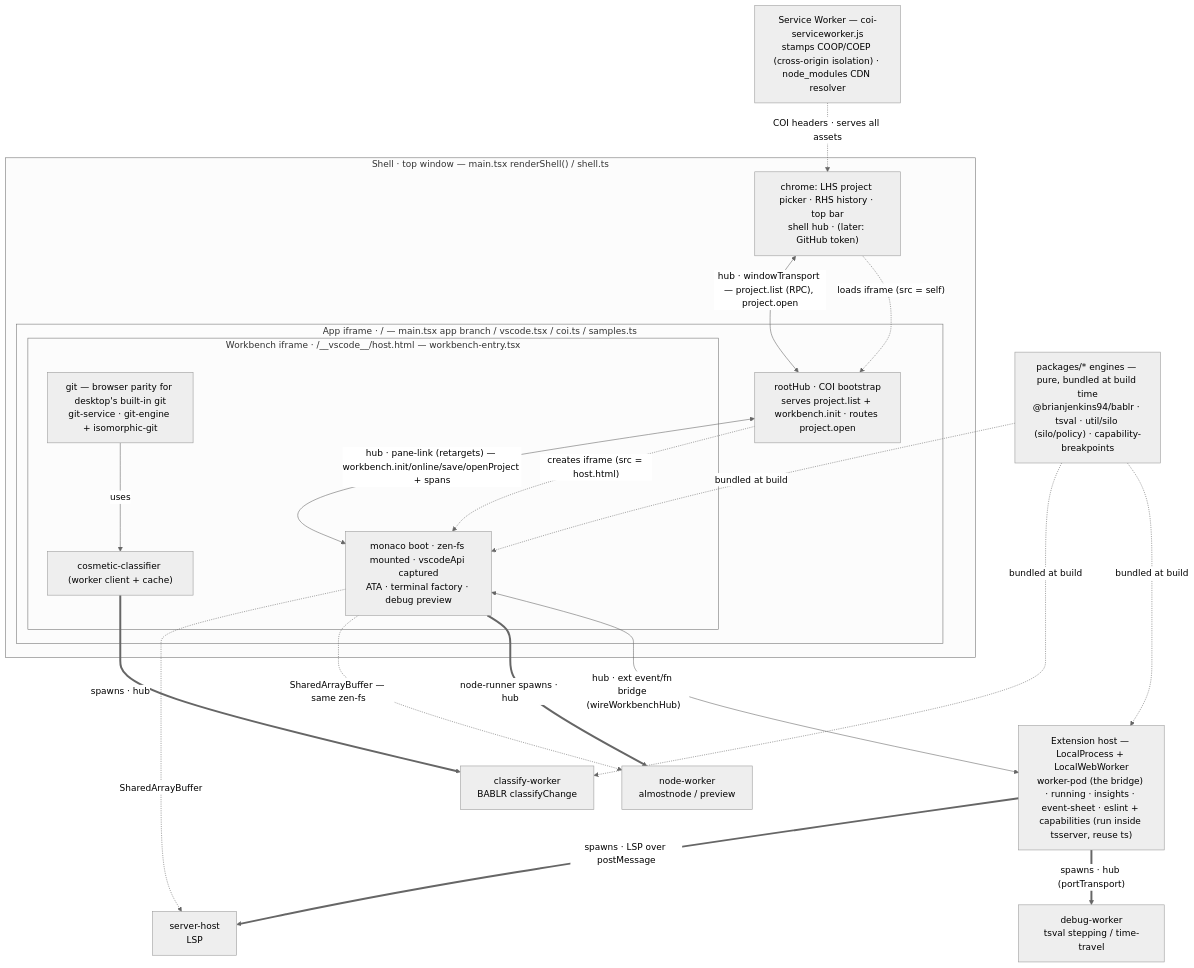
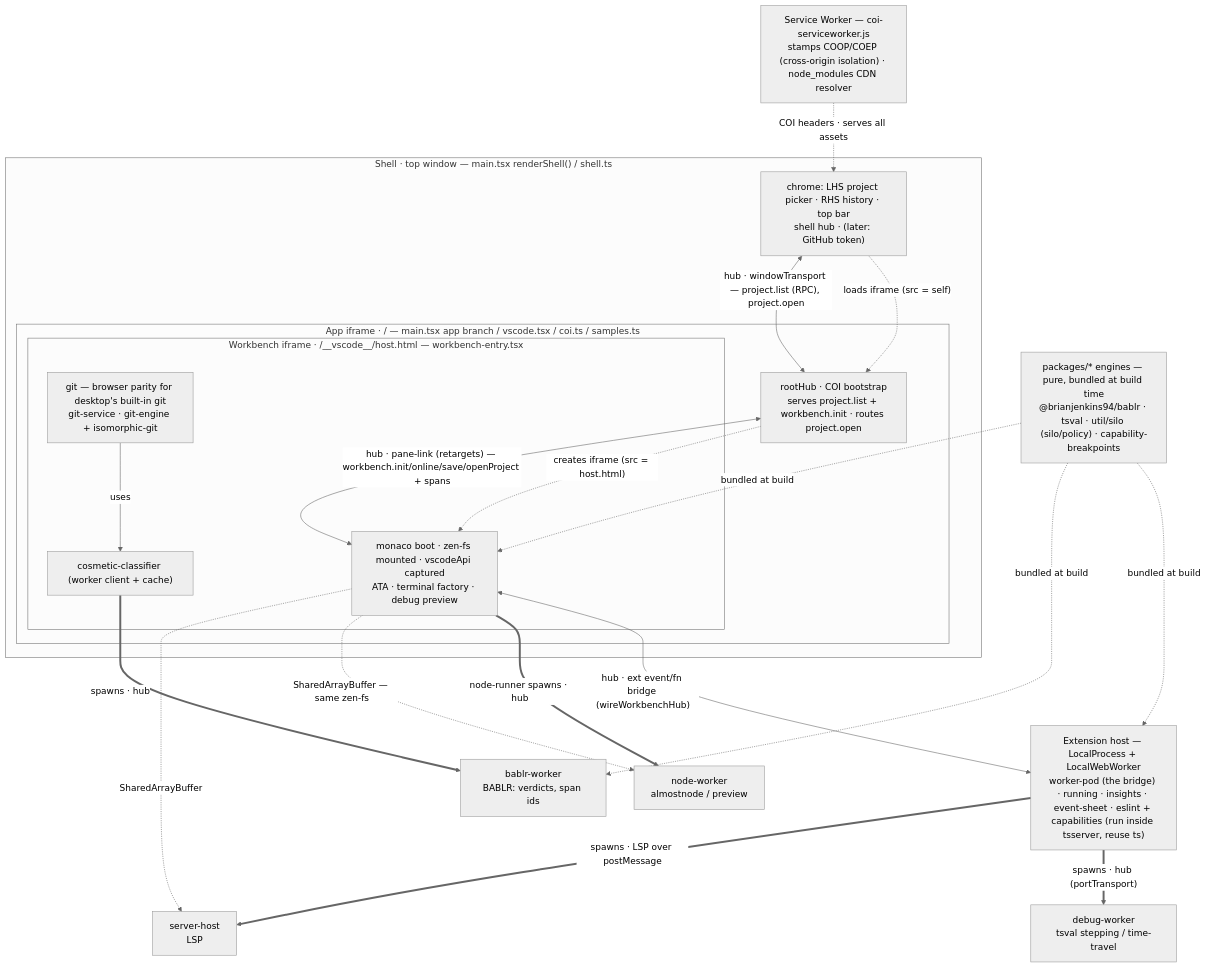
Before and after one commit to brianjenkins94/editor: the first of 2 diagrams in packages/vscode/ARCHITECTURE.md, drawn with Mermaid (neutral theme). The commit also changed other lines of this file and 10 other files, not shown here.

First line of the commit message:
vscode: the classify worker is the editor's BABLR worker, owned by bablr.ts

````diff
--- a/packages/vscode/ARCHITECTURE.md
+++ b/packages/vscode/ARCHITECTURE.md
@@ -172,46 +172,46 @@
 ```mermaid
 flowchart TB
   SW["Service Worker — coi-serviceworker.js<br/>stamps COOP/COEP (cross-origin isolation) · node_modules CDN resolver"]
 
   subgraph SHELL["Shell · top window — main.tsx renderShell() / shell.ts"]
     S["chrome: LHS project picker · RHS history · top bar<br/>shell hub · (later: GitHub token)"]
     subgraph APP["App iframe · / — main.tsx app branch / vscode.tsx / coi.ts / samples.ts"]
       A["rootHub · COI bootstrap<br/>serves project.list + workbench.init · routes project.open"]
       subgraph WB["Workbench iframe · /__vscode__/host.html — workbench-entry.tsx"]
         W["monaco boot · zen-fs mounted · vscodeApi captured<br/>ATA · terminal factory · debug preview"]
         GIT["git — browser parity for desktop's built-in git<br/>git-service · git-engine + isomorphic-git"]
         COS["cosmetic-classifier (worker client + cache)"]
       end
     end
   end
 
   EXT["Extension host — LocalProcess + LocalWebWorker<br/>worker-pod (the bridge) · running · insights · event-sheet · eslint + capabilities (run inside tsserver, reuse ts)"]
 
   NW["node-worker<br/>almostnode / preview"]
   DW["debug-worker<br/>tsval stepping / time-travel"]
   SH["server-host<br/>LSP"]
-  CW["classify-worker<br/>BABLR classifyChange"]
+  CW["bablr-worker<br/>BABLR: verdicts, span ids"]
 
   PKG["packages/* engines — pure, bundled at build time<br/>@brianjenkins94/bablr · tsval · util/silo (silo/policy) · capability-breakpoints"]
 
   S -.->|"loads iframe (src = self)"| A
   A -.->|"creates iframe (src = host.html)"| W
 
   S <-->|"hub · windowTransport — project.list (RPC), project.open"| A
   A <-->|"hub · pane-link (retargets) — workbench.init/online/save/openProject + spans"| W
   W <-->|"hub · ext event/fn bridge (wireWorkbenchHub)"| EXT
 
   W ==>|"node-runner spawns · hub"| NW
   EXT ==>|"spawns · hub (portTransport)"| DW
   EXT ==>|"spawns · LSP over postMessage"| SH
   COS ==>|"spawns · hub"| CW
   GIT -->|"uses"| COS
 
   W -.->|"SharedArrayBuffer — same zen-fs"| NW
   W -.->|"SharedArrayBuffer"| SH
 
   SW -.->|"COI headers · serves all assets"| S
   PKG -.->|"bundled at build"| W
   PKG -.->|"bundled at build"| EXT
   PKG -.->|"bundled at build"| CW
 ```
````
